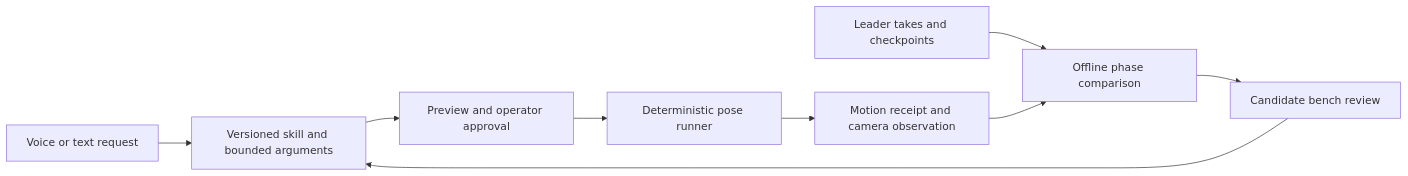
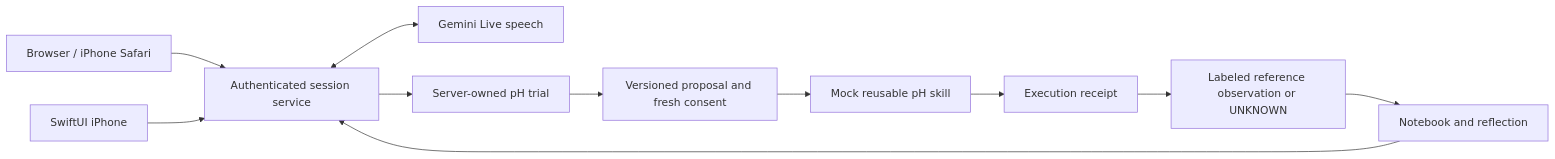
One commit to VictorJimenez3/OpenArms changed the diagram in docs/ARCHITECTURE.md. Above: the diagram before and after it, drawn with Mermaid. The commit also changed other lines of this file and 30 other files, not shown here.

````diff
--- a/docs/ARCHITECTURE.md
+++ b/docs/ARCHITECTURE.md
@@ -26,11 +5,13 @@
 ```mermaid
 flowchart LR
-    Student[Voice or text request] --> Skill[Versioned skill and bounded arguments]
-    Skill --> Approve[Preview and operator approval]
-    Approve --> Arm[Deterministic pose runner]
-    Arm --> Outcome[Motion receipt and camera observation]
-    Teach[Leader takes and checkpoints] --> Compare[Offline phase comparison]
-    Outcome --> Compare
-    Compare --> Review[Candidate bench review]
-    Review --> Skill
+    Browser[Browser / iPhone Safari] --> Session[Authenticated session service]
+    Native[SwiftUI iPhone] --> Session
+    Session <--> Voice[Gemini Live speech]
+    Session --> Trial[Server-owned pH trial]
+    Trial --> Validate[Versioned proposal and fresh consent]
+    Validate --> Mock[Mock reusable pH skill]
+    Mock --> Receipt[Execution receipt]
+    Receipt --> Evidence[Labeled reference observation or UNKNOWN]
+    Evidence --> Notebook[Notebook and reflection]
+    Notebook --> Session
 ```
````
